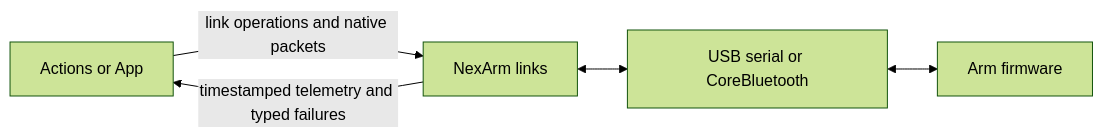
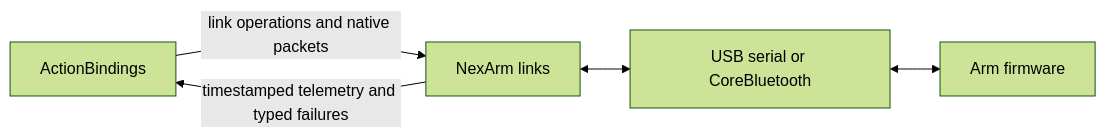
The diagram in MobileHarness/PlatformKit/Connectivity/NexArm/README.md (devilyouwei/MobileHarness), drawn with Mermaid (forest theme) before and after one commit. The commit also changed other lines of this file and 254 other files, not shown here.

First line of the commit message:
refactor: isolate app composition and module bindings

````diff
--- a/MobileHarness/PlatformKit/Connectivity/NexArm/README.md
+++ b/MobileHarness/PlatformKit/Connectivity/NexArm/README.md
@@ -15,7 +15,7 @@
 ```mermaid
 flowchart LR
- Caller[Actions or App] -->|link operations and native packets| SDK[NexArm links]
+ Caller[ActionBindings] -->|link operations and native packets| SDK[NexArm links]
  SDK <--> Transport[USB serial or CoreBluetooth]
  Transport <--> Firmware[Arm firmware]
  SDK -->|timestamped telemetry and typed failures| Caller
 ```
````
